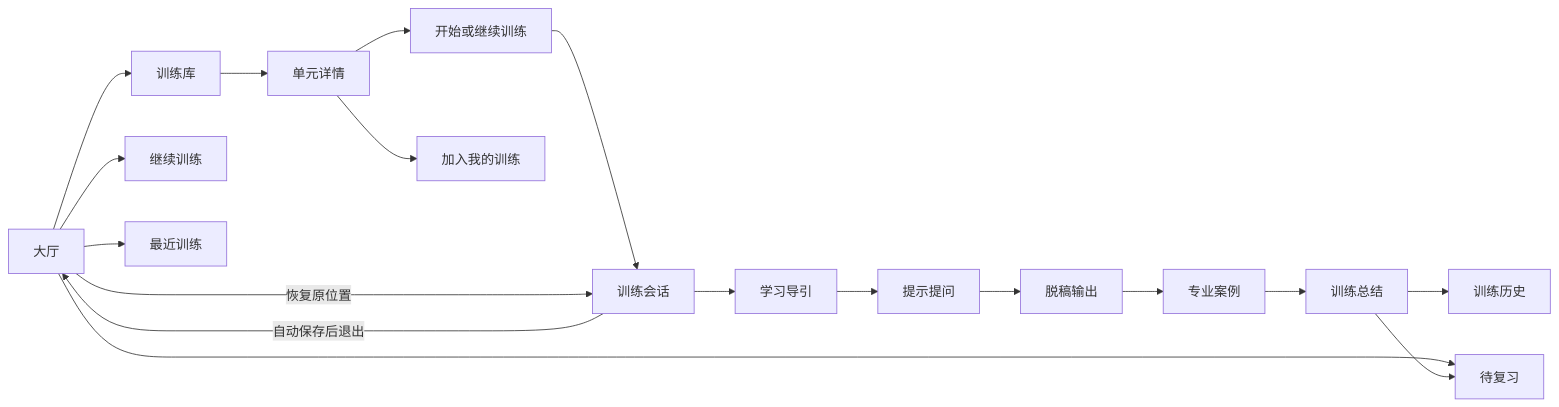
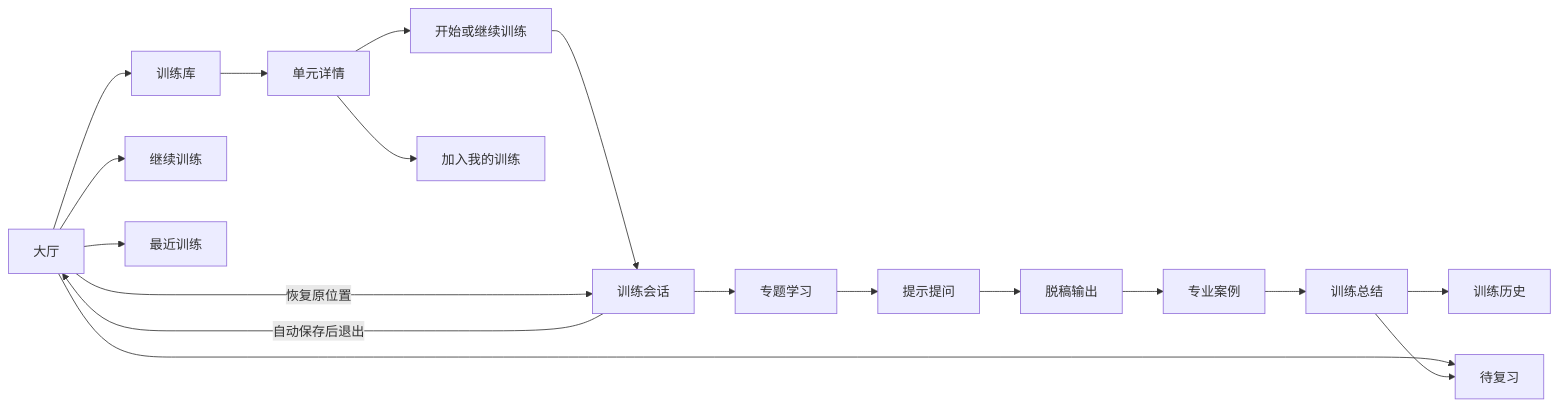
The diagram in tools/practice_tool/docs/architecture/product/navigation_and_interaction.md (FormingSystem/linux_note), drawn with Mermaid before and after one commit. The commit also changed other lines of this file and 81 other files, not shown here.

````diff
--- a/tools/practice_tool/docs/architecture/product/navigation_and_interaction.md
+++ b/tools/practice_tool/docs/architecture/product/navigation_and_interaction.md
@@ -26,23 +26,23 @@
 ```mermaid
 flowchart LR
     LOBBY[大厅] --> LIBRARY[训练库]
     LOBBY --> CONTINUE[继续训练]
     LOBBY --> REVIEW[待复习]
     LOBBY --> RECENT[最近训练]
 
     LIBRARY --> DETAIL[单元详情]
     DETAIL --> START[开始或继续训练]
     DETAIL --> PLAN[加入我的训练]
 
     START --> SESSION[训练会话]
-    SESSION --> LEARNING[学习导引]
+    SESSION --> LEARNING[专题学习]
     LEARNING --> GUIDED[提示提问]
     GUIDED --> RECONSTRUCTION[脱稿输出]
     RECONSTRUCTION --> PROFESSIONAL[专业案例]
     PROFESSIONAL --> SUMMARY[训练总结]
 
     SESSION -->|自动保存后退出| LOBBY
     LOBBY -->|恢复原位置| SESSION
     SUMMARY --> HISTORY[训练历史]
     SUMMARY --> REVIEW
 ```
````
